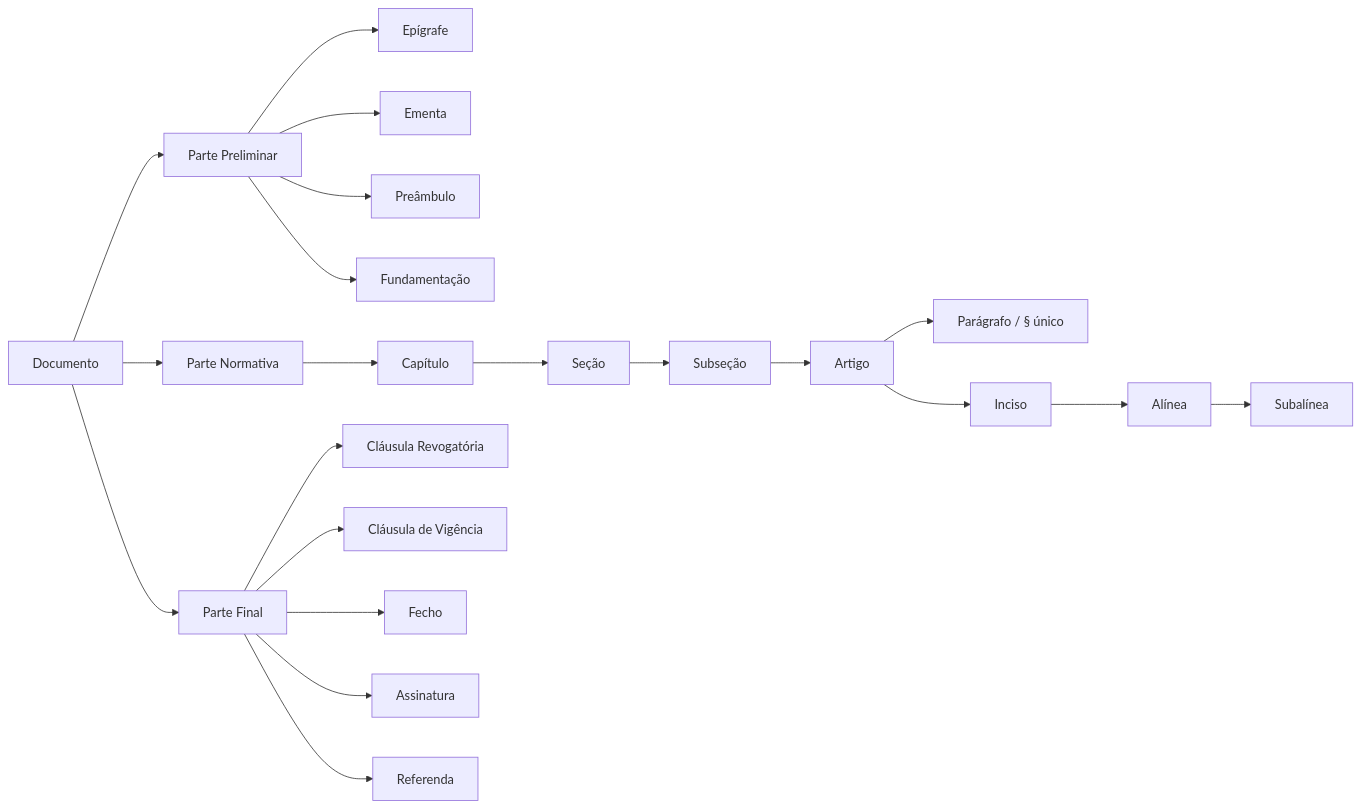
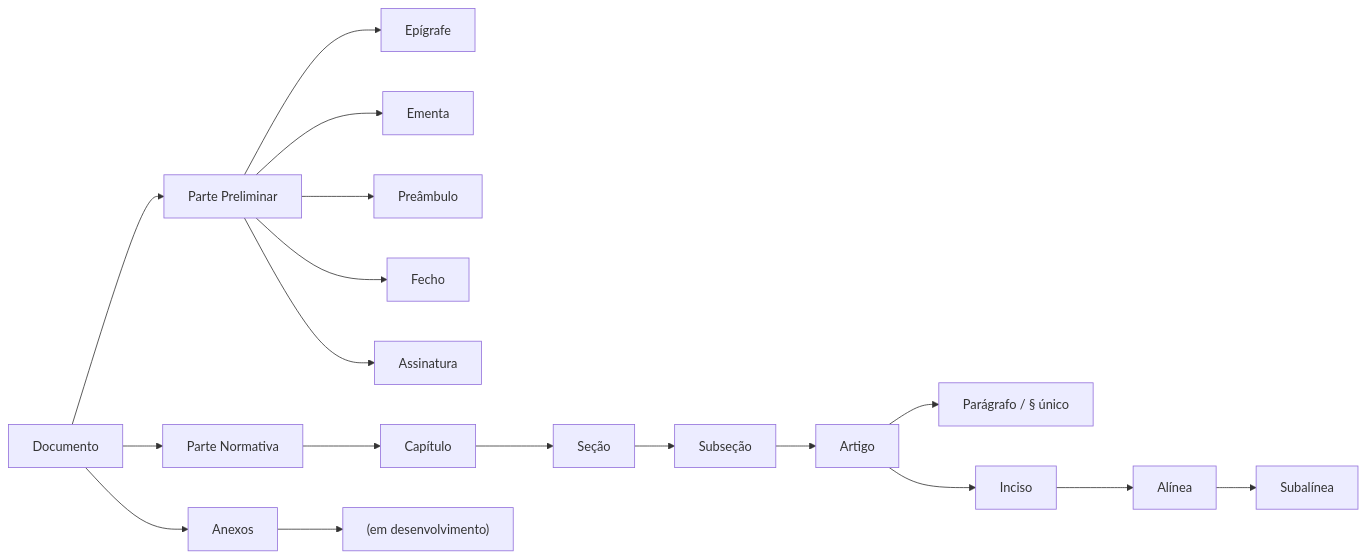
The second of 3 diagrams in README.md (danielchipolesch/fab-legis), drawn with Mermaid before and after one commit. The commit also changed other lines of this file and 1 other file, not shown here.

````diff
--- a/README.md
+++ b/README.md
@@ -294,26 +317,23 @@
 ```mermaid
 graph LR
     D[Documento] --> PP[Parte Preliminar]
     D --> PN[Parte Normativa]
-    D --> PF[Parte Final]
+    D --> AN[Anexos]
 
     PP --> E1[Epígrafe]
     PP --> E2[Ementa]
     PP --> E3[Preâmbulo]
-    PP --> E4[Fundamentação]
+    PP --> E4[Fecho]
+    PP --> E5[Assinatura]
 
     PN --> C[Capítulo]
     C --> S[Seção]
     S --> SS[Subseção]
     SS --> AR[Artigo]
     AR --> PA["Parágrafo / § único"]
     AR --> IN[Inciso]
     IN --> AL[Alínea]
     AL --> SA[Subalínea]
 
-    PF --> F1[Cláusula Revogatória]
-    PF --> F2[Cláusula de Vigência]
-    PF --> F3[Fecho]
-    PF --> F4[Assinatura]
-    PF --> F5[Referenda]
+    AN --> A1["(em desenvolvimento)"]
 ```
````
